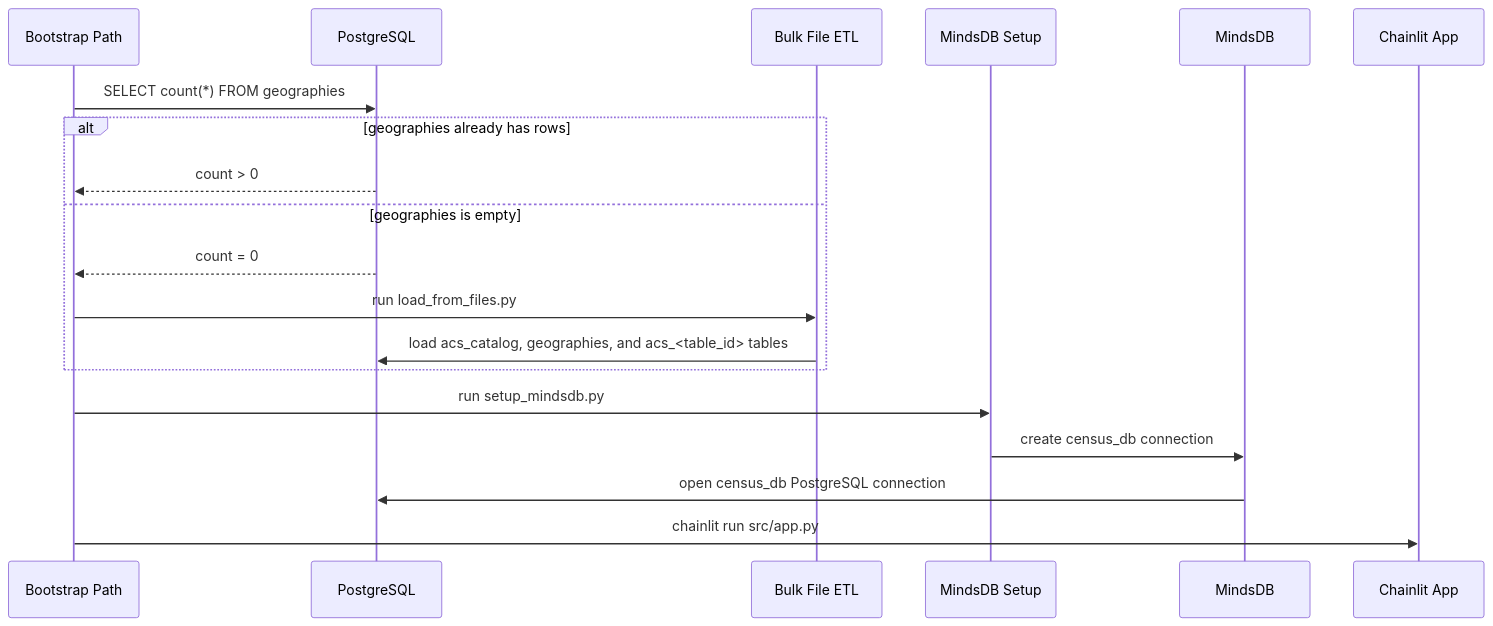
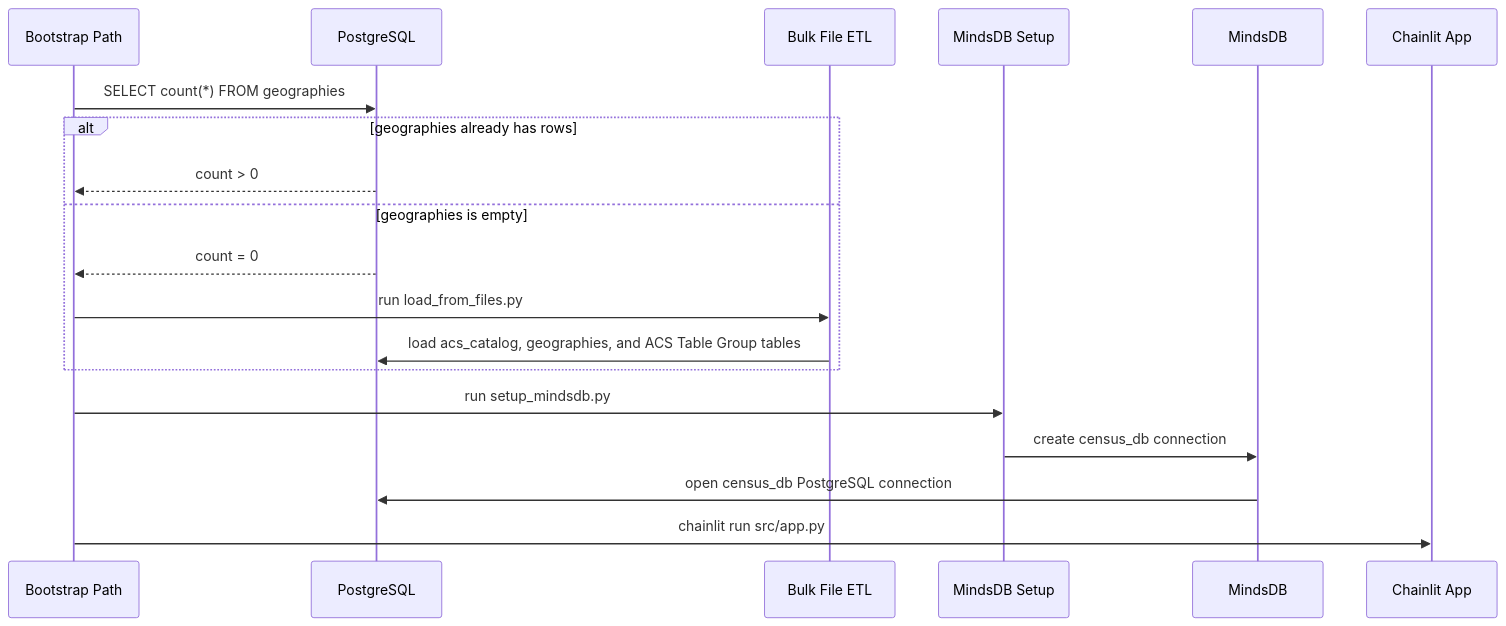
One commit to TejGandham/census-insights changed the third of 9 diagrams in docs/analysis/2026-03-08-current-implementation-visual-story.md. Above: the diagram before and after it, drawn with Mermaid. The commit also changed other lines of this file, not shown here.

Commit message:
Fix Mermaid rendering in visual story doc

````diff
--- a/docs/analysis/2026-03-08-current-implementation-visual-story.md
+++ b/docs/analysis/2026-03-08-current-implementation-visual-story.md
@@ -84,22 +86,22 @@
 ```mermaid
 sequenceDiagram
     participant Bootstrap Path
     participant PostgreSQL
     participant Bulk File ETL
     participant MindsDB Setup
     participant MindsDB
     participant Chainlit App
 
     Bootstrap Path->>PostgreSQL: SELECT count(*) FROM geographies
     alt geographies already has rows
         PostgreSQL-->>Bootstrap Path: count > 0
     else geographies is empty
         PostgreSQL-->>Bootstrap Path: count = 0
         Bootstrap Path->>Bulk File ETL: run load_from_files.py
-        Bulk File ETL->>PostgreSQL: load acs_catalog, geographies, and acs_<table_id> tables
+        Bulk File ETL->>PostgreSQL: load acs_catalog, geographies, and ACS Table Group tables
     end
     Bootstrap Path->>MindsDB Setup: run setup_mindsdb.py
     MindsDB Setup->>MindsDB: create census_db connection
     MindsDB->>PostgreSQL: open census_db PostgreSQL connection
     Bootstrap Path->>Chainlit App: chainlit run src/app.py
 ```
````
